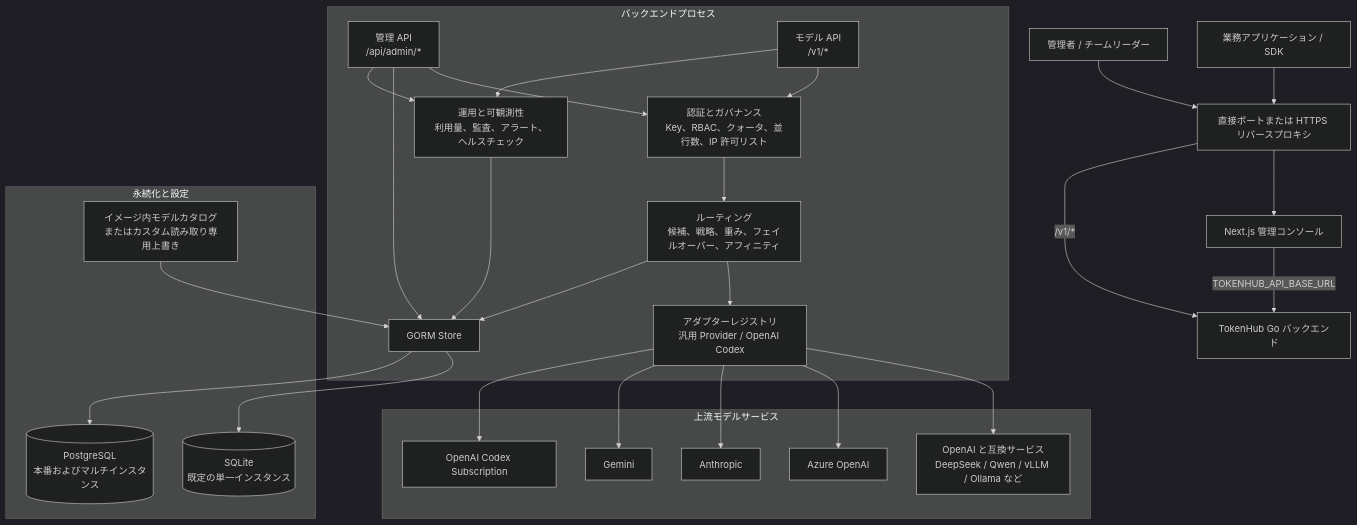
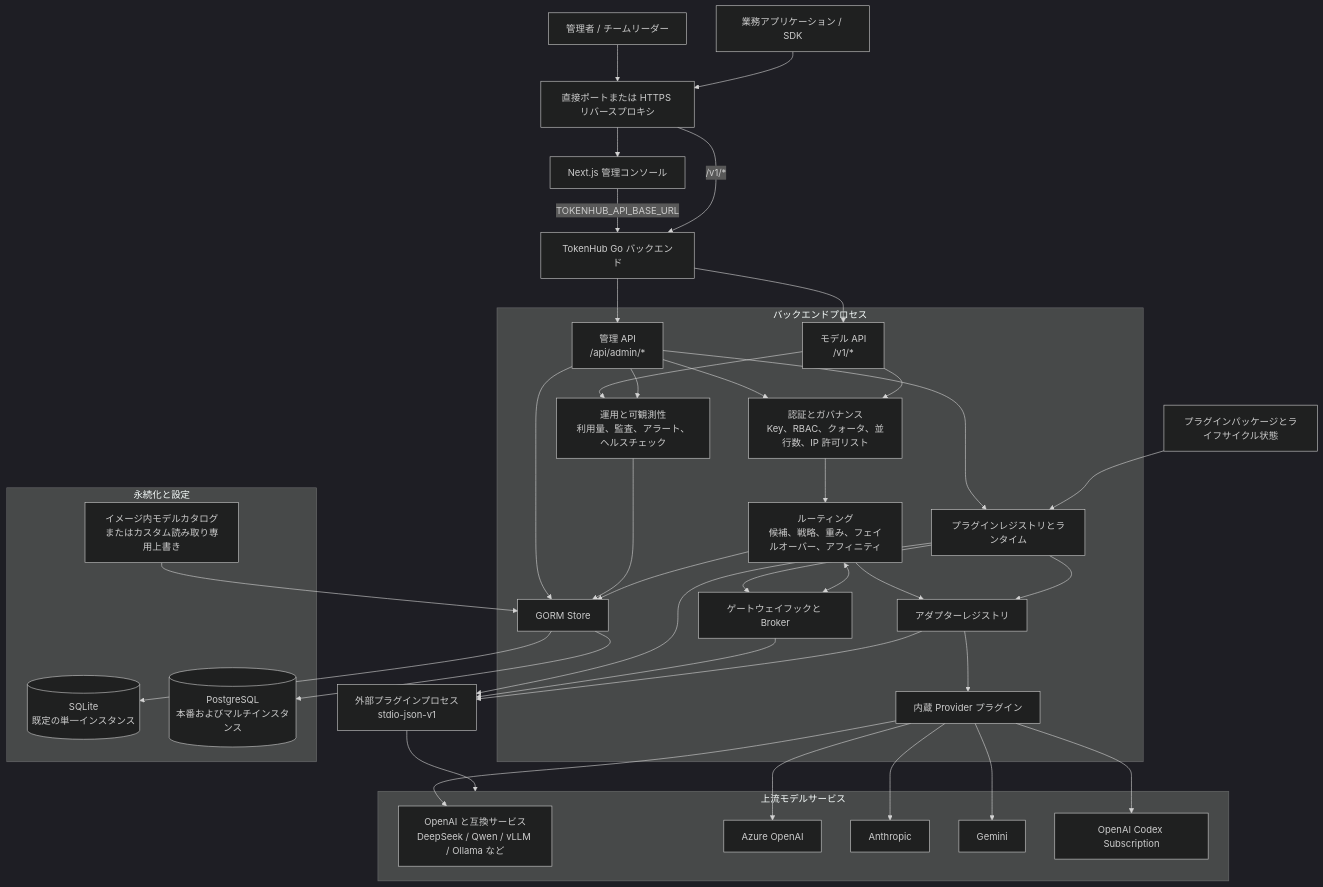
One commit to astaxie/TokenHub changed the first of 3 diagrams in docs/ja/architecture.md. Above: the diagram before and after it, drawn with Mermaid (dark theme). The commit also changed other lines of this file and 2 other files, not shown here.

Commit message:
docs: update plugin architecture overview

````diff
--- a/docs/ja/architecture.md
+++ b/docs/ja/architecture.md
@@ -11,51 +13,69 @@
 ```mermaid
 flowchart TB
     admin["管理者 / チームリーダー"]
     app["業務アプリケーション / SDK"]
     ingress["直接ポートまたは HTTPS リバースプロキシ"]
     frontend["Next.js 管理コンソール"]
     backend["TokenHub Go バックエンド"]
 
     subgraph backendProcess["バックエンドプロセス"]
         adminApi["管理 API\n/api/admin/*"]
         modelApi["モデル API\n/v1/*"]
         governance["認証とガバナンス\nKey、RBAC、クォータ、並行数、IP 許可リスト"]
         routing["ルーティング\n候補、戦略、重み、フェイルオーバー、アフィニティ"]
-        adapters["アダプターレジストリ\n汎用 Provider / OpenAI Codex"]
+        adapters["アダプターレジストリ"]
+        builtin["内蔵 Provider プラグイン"]
+        plugins["プラグインレジストリとランタイム"]
+        hooks["ゲートウェイフックと Broker"]
         operations["運用と可観測性\n利用量、監査、アラート、ヘルスチェック"]
         store["GORM Store"]
 
         adminApi --> governance
         adminApi --> store
         modelApi --> governance --> routing --> adapters
         modelApi --> operations --> store
         adminApi --> operations
         routing --> store
+        adminApi --> plugins
+        plugins --> adapters
+        adapters --> builtin
+        plugins --> hooks
+        routing <--> hooks
     end
+
+    external["外部プラグインプロセス\nstdio-json-v1"]
+    packages["プラグインパッケージとライフサイクル状態"]
+    packages --> plugins
+    plugins --> external
+    hooks --> external
+    adapters --> external
 
     subgraph persistence["永続化と設定"]
         sqlite[("SQLite\n既定の単一インスタンス")]
         postgres[("PostgreSQL\n本番およびマルチインスタンス")]
         catalog["イメージ内モデルカタログ\nまたはカスタム読み取り専用上書き"]
     end
 
     subgraph upstream["上流モデルサービス"]
         compatible["OpenAI と互換サービス\nDeepSeek / Qwen / vLLM / Ollama など"]
         azure["Azure OpenAI"]
         anthropic["Anthropic"]
         gemini["Gemini"]
         codex["OpenAI Codex Subscription"]
     end
 
     admin --> ingress --> frontend
     frontend -->|"TOKENHUB_API_BASE_URL"| backend
     app --> ingress -->|"/v1/*"| backend
-    adapters --> compatible
-    adapters --> azure
-    adapters --> anthropic
-    adapters --> gemini
-    adapters --> codex
+    external --> upstream
+    backend --> adminApi
+    backend --> modelApi
+    builtin --> compatible
+    builtin --> azure
+    builtin --> anthropic
+    builtin --> gemini
+    builtin --> codex
     store --> sqlite
     store --> postgres
     catalog --> store
 ```
````
